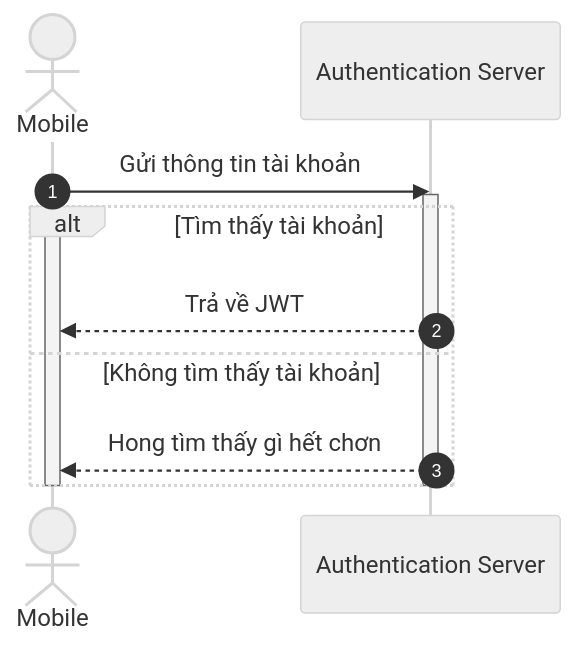
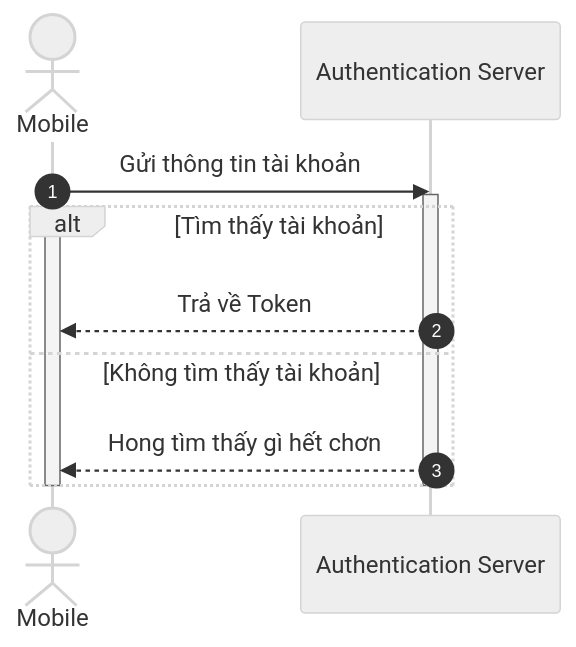
One commit to coinhub-uit/coinhub-uit.github.io changed the first of 2 diagrams in docs/diagrams/sequence/user-auth.md. Above: the diagram before and after it, drawn with Mermaid (neutral theme). The commit also changed other lines of this file, not shown here.

````diff
--- a/docs/diagrams/sequence/user-auth.md
+++ b/docs/diagrams/sequence/user-auth.md
@@ -7,17 +9,17 @@
 ```mermaid
 sequenceDiagram
   autonumber
   actor mobile as Mobile
   participant authServer as Authentication Server
 
   mobile->>authServer: Gửi thông tin tài khoản
   activate mobile
   activate authServer
   alt Tìm thấy tài khoản
-    authServer-->>mobile: Trả về JWT
+    authServer-->>mobile: Trả về Token
   else Không tìm thấy tài khoản
     authServer-->>mobile: Hong tìm thấy gì hết chơn
   end
   deactivate mobile
   deactivate authServer
 ```
````
